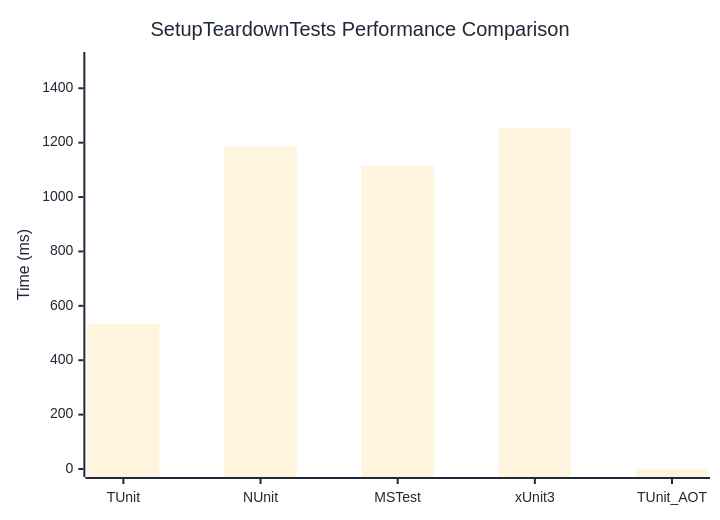
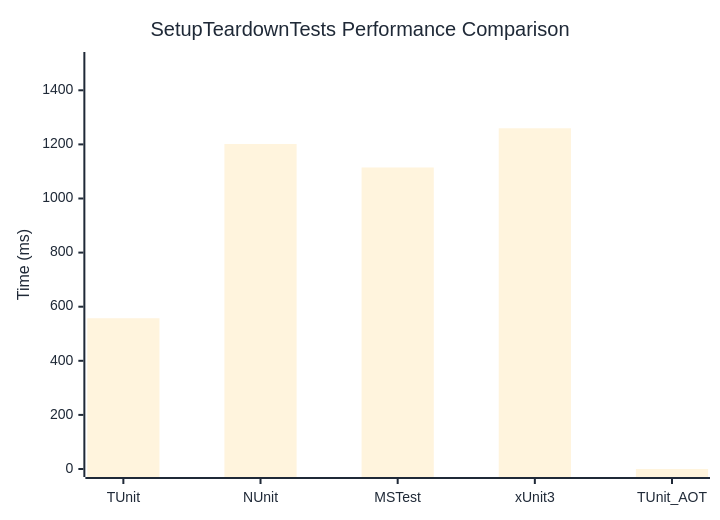
The diagram in docs/docs/benchmarks/SetupTeardownTests.md (thomhurst/TUnit), drawn with Mermaid before and after one commit. The commit also changed other lines of this file and 17 other files, not shown here.

````diff
--- a/docs/docs/benchmarks/SetupTeardownTests.md
+++ b/docs/docs/benchmarks/SetupTeardownTests.md
@@ -27,37 +27,37 @@
 ```mermaid
 %%{init: {
   'theme':'base',
   'themeVariables': {
     'primaryColor': '#2563eb',
     'primaryTextColor': '#1f2937',
     'primaryBorderColor': '#1e40af',
     'lineColor': '#6b7280',
     'secondaryColor': '#7c3aed',
     'tertiaryColor': '#dc2626',
     'background': '#ffffff',
     'mainBkg': '#2563eb',
     'secondBkg': '#7c3aed',
     'tertiaryBkg': '#dc2626',
     'clusterBkg': '#f3f4f6',
     'edgeLabelBackground': '#ffffff',
     'tertiaryTextColor': '#1f2937',
     'pie1': '#2563eb',
     'pie2': '#7c3aed',
     'pie3': '#dc2626',
     'pie4': '#f59e0b',
     'pie5': '#10b981',
     'pie6': '#06b6d4',
     'pie7': '#ec4899',
     'pie8': '#6366f1',
     'pie9': '#84cc16',
     'pie10': '#f97316',
     'pie11': '#14b8a6',
     'pie12': '#a855f7'
   }
 }}%%
 xychart-beta
   title "SetupTeardownTests Performance Comparison"
   x-axis ["TUnit", "NUnit", "MSTest", "xUnit3", "TUnit_AOT"]
-  y-axis "Time (ms)" 0 --> 1504
-  bar [533.6, 1187.2, 1115.8, 1252.6, 0]
+  y-axis "Time (ms)" 0 --> 1512
+  bar [557.3, 1201.5, 1114.7, 1259.6, 0]
 ```
````
